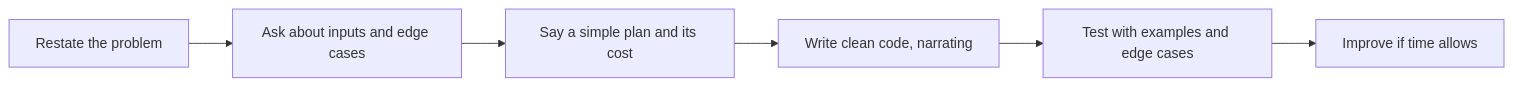
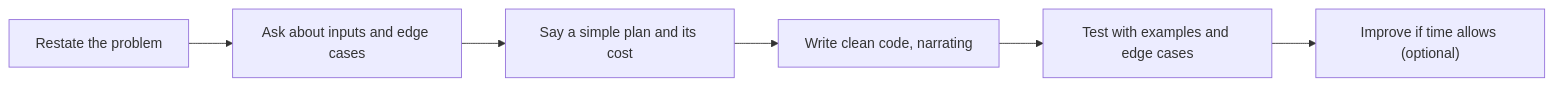
Before and after one commit to Tamoura/system-design-for-vibe-coders: the second of 3 diagrams in career/modules/05-interviews.md, drawn with Mermaid. The commit also changed other lines of this file and 551 other files, not shown here.

````diff
--- a/career/modules/05-interviews.md
+++ b/career/modules/05-interviews.md
@@ -292,8 +293,8 @@
 ```mermaid
 flowchart LR
     A["Restate the problem"] --> B["Ask about inputs and edge cases"]
     B --> C["Say a simple plan and its cost"]
     C --> D["Write clean code, narrating"]
     D --> E["Test with examples and edge cases"]
-    E --> F["Improve if time allows"]
+    E --> F["Improve if time allows (optional)"]
 ```
````
